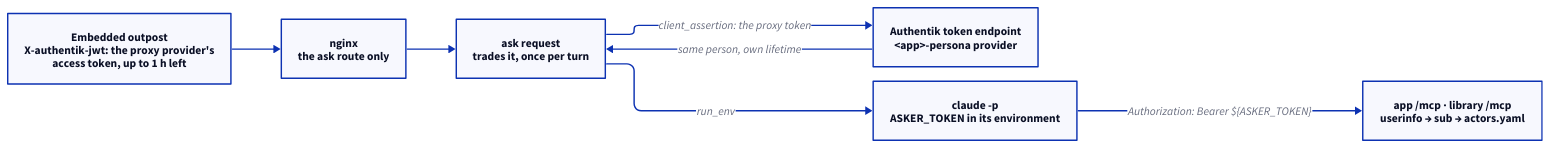
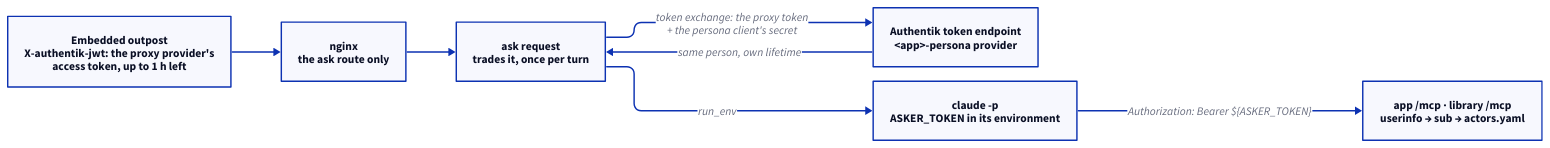
The second of 2 diagrams in docs/design/agent-console.md (radar-hooves/app-factory), drawn with D2 before and after one commit. The commit also changed other lines of this file and 1 other file, not shown here.

First line of the commit message:
docs(research): token exchange proven on atlas's Authentik 2026.8.3; the persona exchange moves to it (consumer: master-project, radar-hooves/master-project#380)

````diff
--- a/docs/design/agent-console.md
+++ b/docs/design/agent-console.md
@@ -233,17 +233,17 @@
 ```d2
 vars: {d2-config: {layout-engine: elk}}
 direction: right
 
 outpost: "Embedded outpost\nX-authentik-jwt: the proxy provider's\naccess token, up to 1 h left"
 nginx: "nginx\nthe ask route only"
 ask: "ask request\ntrades it, once per turn"
 ak: "Authentik token endpoint\n<app>-persona provider"
 run: "claude -p\nASKER_TOKEN in its environment"
 mcp: "app /mcp · library /mcp\nuserinfo → sub → actors.yaml"
 
 outpost -> nginx -> ask
-ask -> ak: "client_assertion: the proxy token"
+ask -> ak: "token exchange: the proxy token\n+ the persona client's secret"
 ak -> ask: "same person, own lifetime"
 ask -> run: "run_env"
 run -> mcp: 'Authorization: Bearer ${ASKER_TOKEN}'
 ```
````
